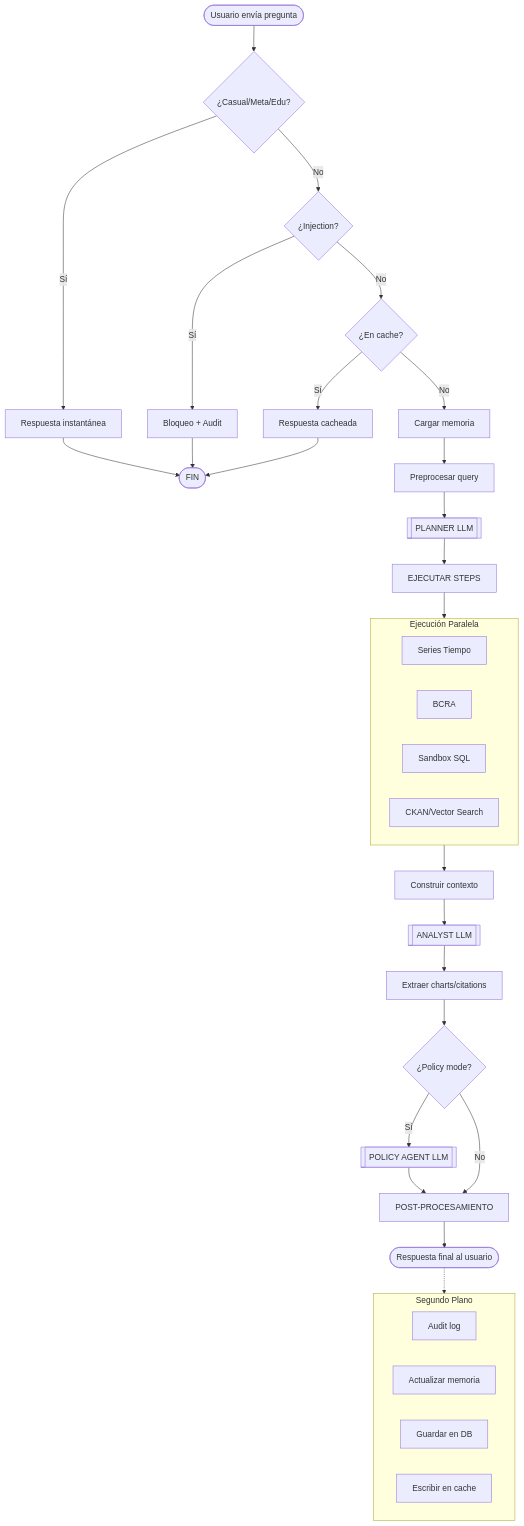
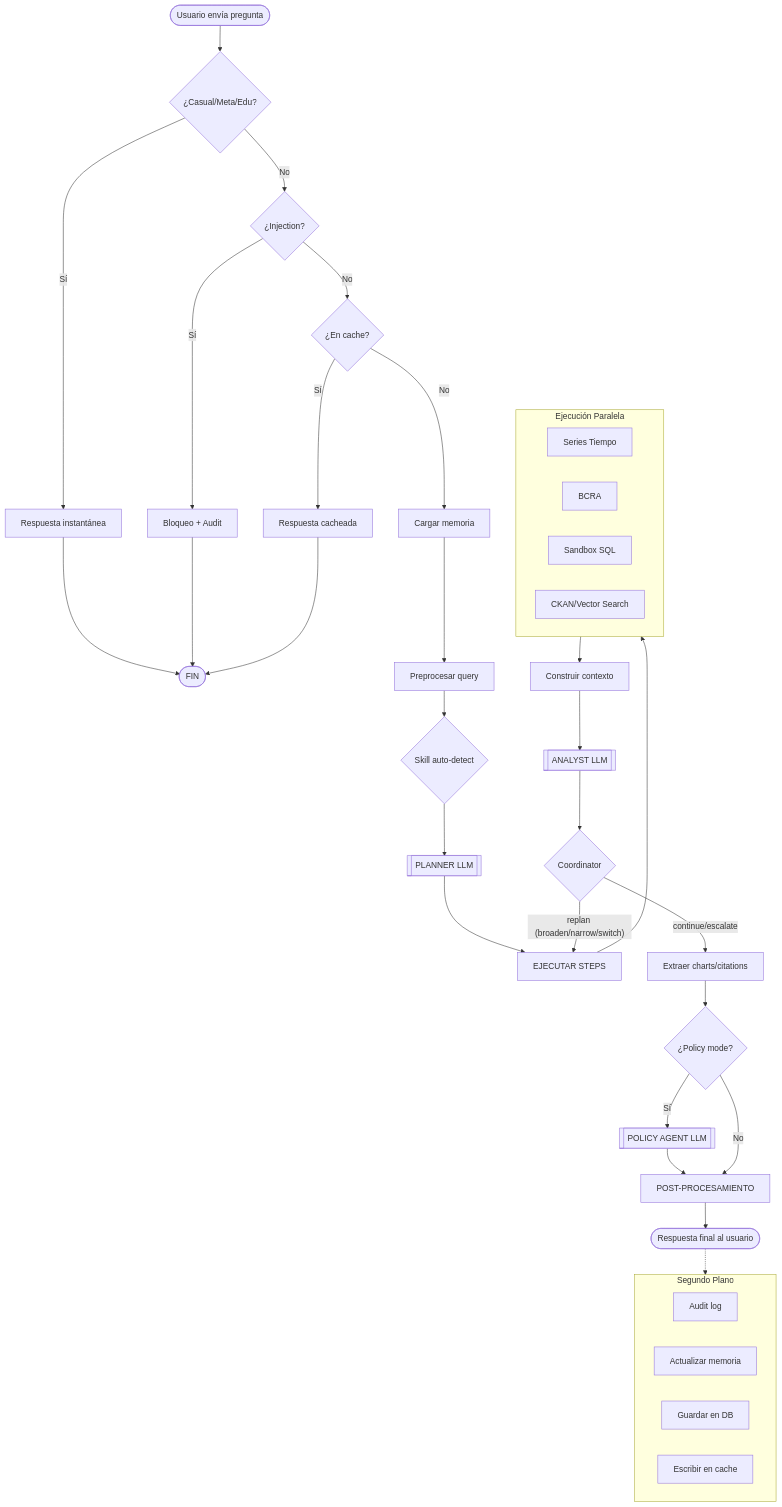
The second of 2 diagrams in docs/pipeline-map.md (colossus-lab/openarg_backend), drawn with Mermaid before and after one commit. The commit also changed other lines of this file and 14 other files, not shown here.

````diff
--- a/docs/pipeline-map.md
+++ b/docs/pipeline-map.md
@@ -267,47 +322,51 @@
 ```mermaid
 graph TD
     User([Usuario envía pregunta]) --> Classify{¿Casual/Meta/Edu?}
     
     Classify -- "Sí" --> FastReply[Respuesta instantánea] --> End([FIN])
     
     Classify -- "No" --> Injection{¿Injection?}
     Injection -- "Sí" --> Block[Bloqueo + Audit] --> End
     
     Injection -- "No" --> Cache{¿En cache?}
     Cache -- "Sí" --> CacheReply[Respuesta cacheada] --> End
     
     Cache -- "No" --> Memory[Cargar memoria]
     Memory --> Preproc[Preprocesar query]
-    Preproc --> Planner[[PLANNER LLM]]
+    Preproc --> Skills{Skill auto-detect}
+    Skills --> Planner[[PLANNER LLM]]
     
     Planner --> Exec[EJECUTAR STEPS]
     
     subgraph Parallel ["Ejecución Paralela"]
         direction LR
         S1[Series Tiempo]
         S2[BCRA]
         S3[Sandbox SQL]
         S4[CKAN/Vector Search]
     end
     
     Exec --> Parallel
     Parallel --> Context[Construir contexto]
     
     Context --> Analyst[[ANALYST LLM]]
-    Analyst --> Metadata[Extraer charts/citations]
+    Analyst --> Coord{Coordinator}
+    
+    Coord -- "replan (broaden/narrow/switch)" --> Exec
+    Coord -- "continue/escalate" --> Metadata[Extraer charts/citations]
     
     Metadata --> Policy{¿Policy mode?}
     Policy -- "Sí" --> PolicyAgent[[POLICY AGENT LLM]] --> Post
     Policy -- "No" --> Post[POST-PROCESAMIENTO]
     
     Post --> Final([Respuesta final al usuario])
     
     subgraph Background ["Segundo Plano"]
         Audit[Audit log]
         UpMem[Actualizar memoria]
         DB[Guardar en DB]
         CacheW[Escribir en cache]
     end
     
     Final -.-> Background
 ```
````
